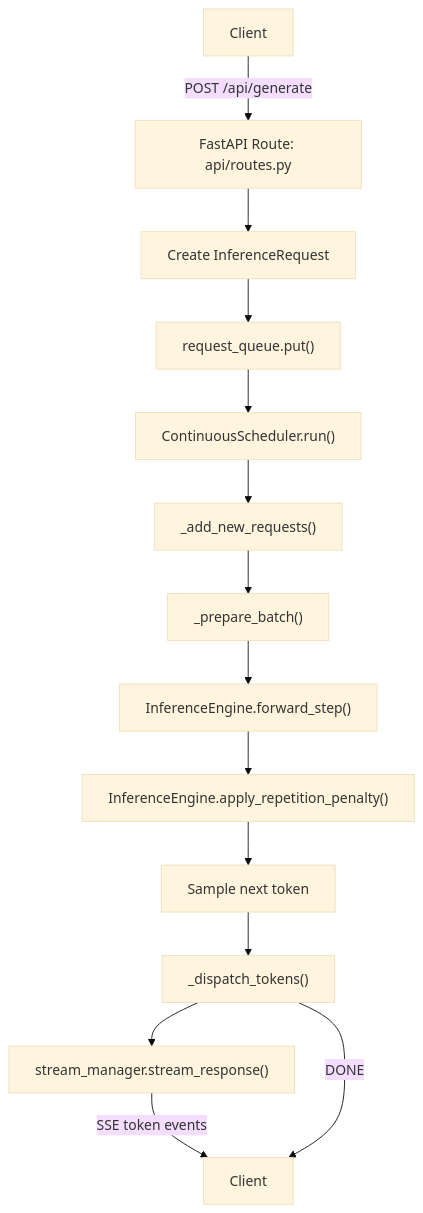
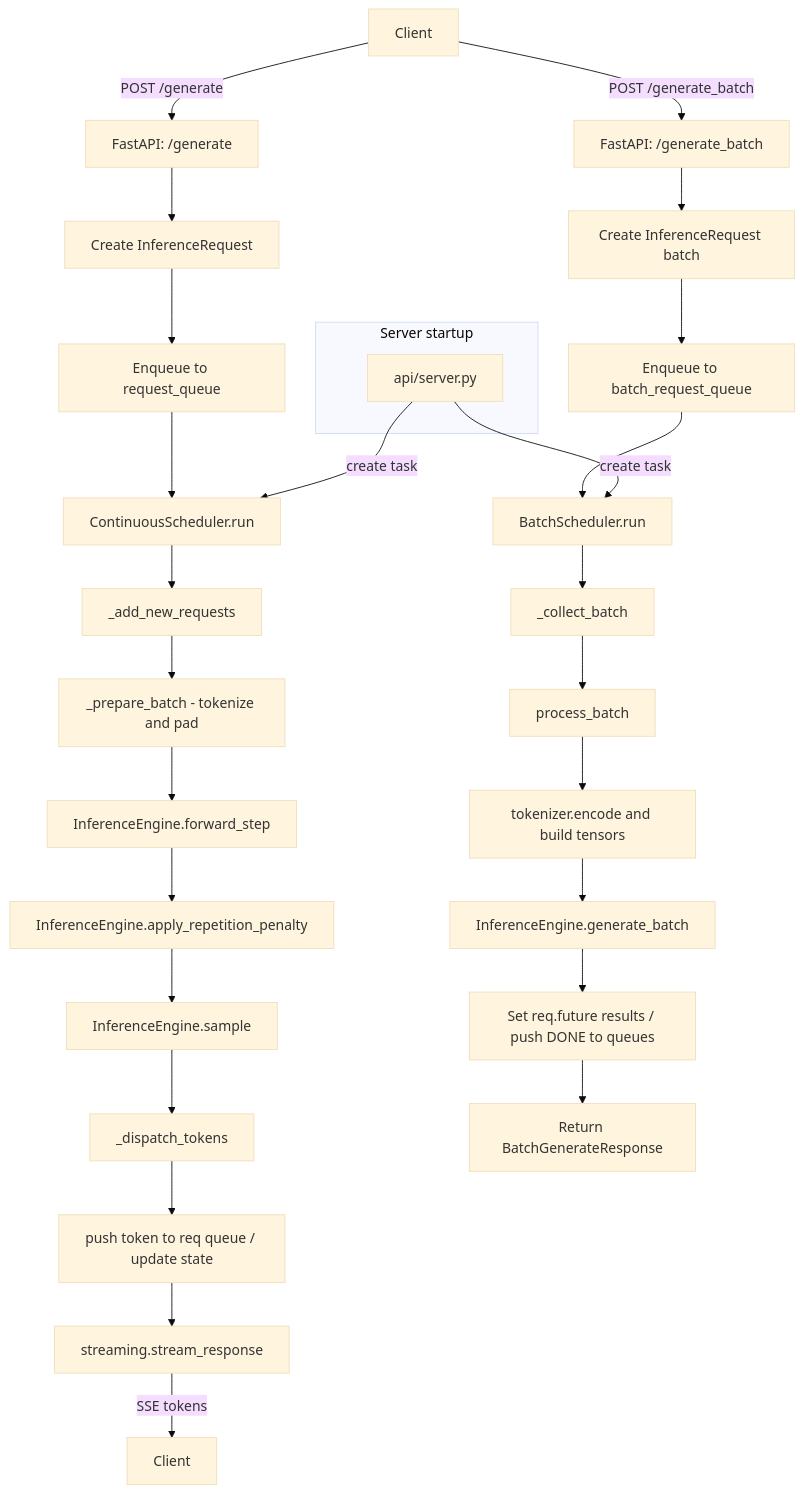
Before and after one commit to SamarjitDebnath/llm-inference-server: the diagram in TECHNICAL_DOCUMENTATION.md, drawn with Mermaid (base theme). The commit also changed 1 other file, not shown here.

Commit message:
comments

````diff
--- a/TECHNICAL_DOCUMENTATION.md
+++ b/TECHNICAL_DOCUMENTATION.md
@@ -22,16 +22,34 @@
 ```mermaid
 flowchart TD
-    A[Client] -->|POST /api/generate| B[FastAPI Route: api/routes.py]
-    B --> C[Create InferenceRequest]
-    C --> D["request_queue.put()"]
-    D --> E["ContinuousScheduler.run()"]
-    E --> F["_add_new_requests()"]
-    F --> G["_prepare_batch()"]
-    G --> H["InferenceEngine.forward_step()"]
-    H --> I["InferenceEngine.apply_repetition_penalty()"]
-    I --> J["Sample next token"]
-    J --> K["_dispatch_tokens()"]
-    K --> L["stream_manager.stream_response()"]
-    L -->|SSE token events| M[Client]
-    K -->|DONE| M
+    A[Client] -->|POST /generate| GEN[FastAPI: /generate]
+    A -->|POST /generate_batch| BATCH[FastAPI: /generate_batch]
+
+    GEN --> C1[Create InferenceRequest]
+    C1 --> Q1[Enqueue to request_queue]
+    Q1 --> SCHED1[ContinuousScheduler.run]
+    SCHED1 --> ADD[_add_new_requests]
+    ADD --> PREP1[_prepare_batch - tokenize and pad]
+    PREP1 --> FWD1[InferenceEngine.forward_step]
+    FWD1 --> PEN1[InferenceEngine.apply_repetition_penalty]
+    PEN1 --> SMP1[InferenceEngine.sample]
+    SMP1 --> DISP1[_dispatch_tokens]
+    DISP1 --> PUT1[push token to req queue / update state]
+    PUT1 --> STREAM1[streaming.stream_response]
+    STREAM1 -->|SSE tokens| CLIENT1[Client]
+
+    BATCH --> C2[Create InferenceRequest batch]
+    C2 --> Q2[Enqueue to batch_request_queue]
+    Q2 --> SCHED2[BatchScheduler.run]
+    SCHED2 --> COLLECT[_collect_batch]
+    COLLECT --> PROC[process_batch]
+    PROC --> ENCODE[tokenizer.encode and build tensors]
+    ENCODE --> GENB[InferenceEngine.generate_batch]
+    GENB --> SETF[Set req.future results / push DONE to queues]
+    SETF --> CLIENT2[Return BatchGenerateResponse]
+
+    subgraph startup[Server startup]
+        SRV[api/server.py]
+    end
+    SRV -->|create task| SCHED1
+    SRV -->|create task| SCHED2
 ```
````
